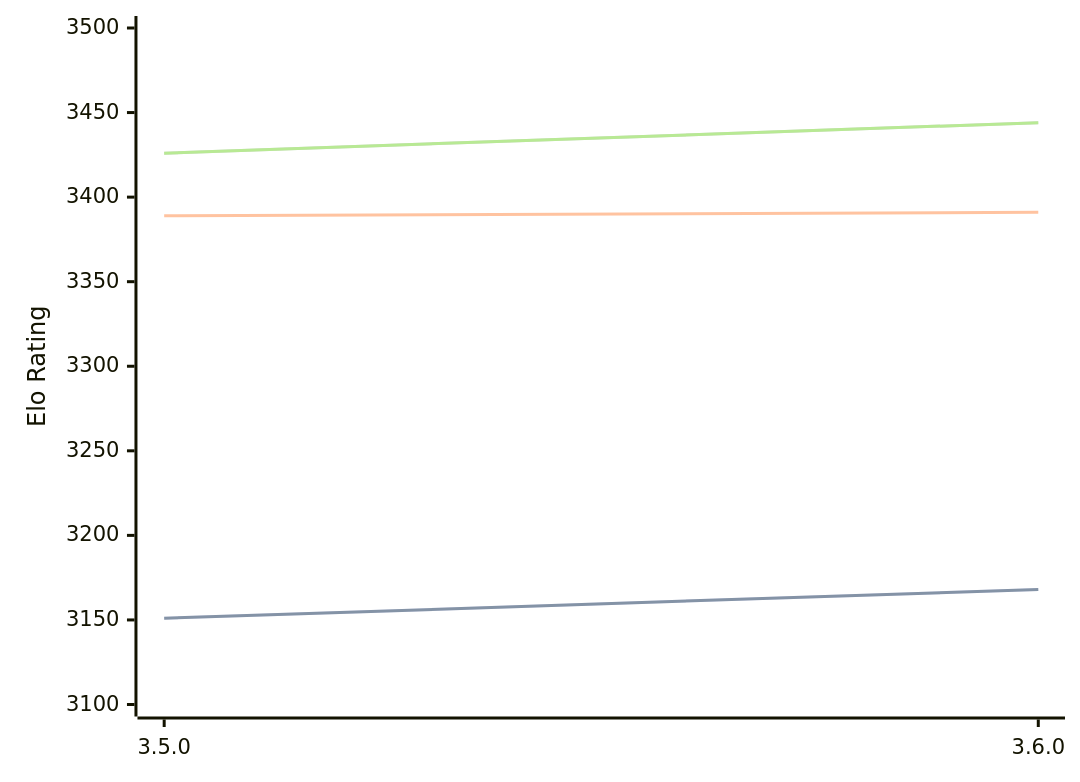
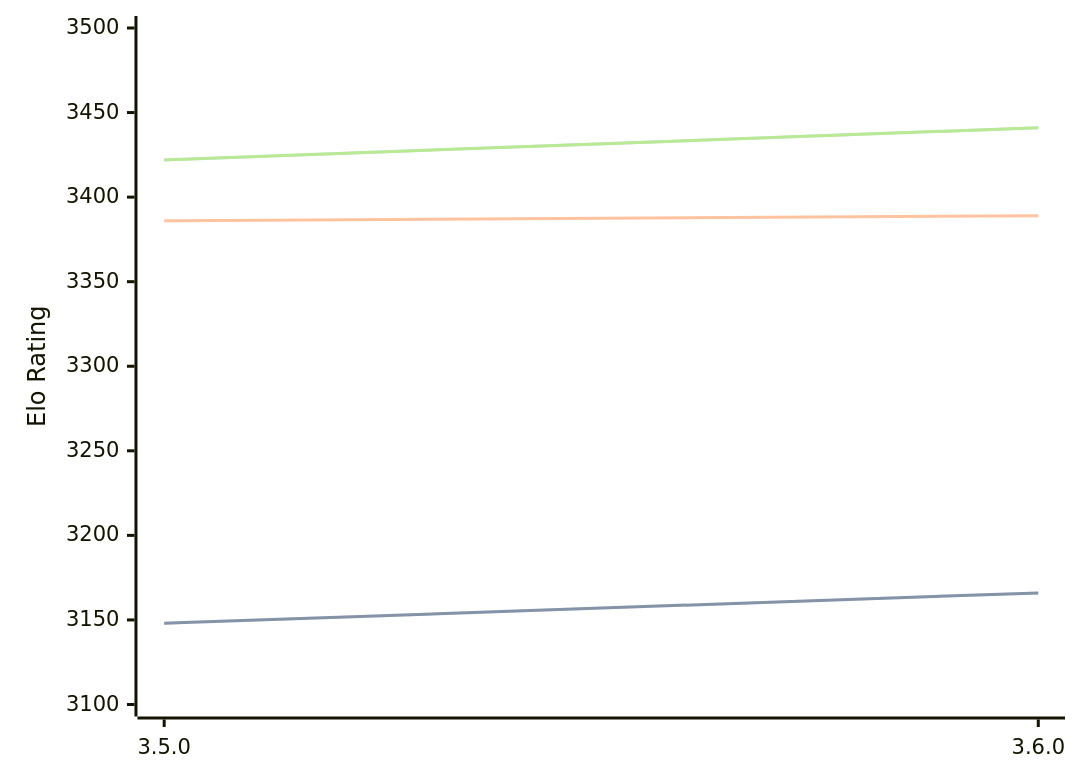
Before and after one commit to computer-chess-index/cci: the diagram in engines/Igel.md, drawn with Mermaid. The commit also changed other lines of this file, not shown here.

Commit message:
Update CCI Ratings (ELO VLTC) - 2026-06-08

````diff
--- a/engines/Igel.md
+++ b/engines/Igel.md
@@ -68,11 +68,11 @@
 ```mermaid
 %%{init: {"theme":"base","themeVariables":{"seriesColors:['#a3a3a3','#222221','#faa371']}}}%%
 xychart-beta
   x-axis ["3.5.0", "3.6.0"]
   y-axis "Elo Rating" 3100 --> 3500
-  line "STC (8.0+0.08s)" [3151, 3168]
-  line "STC (8.0+0.08s)" [3151, 3168]
-  line "LTC (60.0+0.60s)" [3389, 3391]
-  line "VLTC (2m24s+1.12s)" [3426, 3444]
-  line "VLTC (2m24s+1.12s)" [3426, 3444]
+  line "STC (8.0+0.08s)" [3148, 3166]
+  line "STC (8.0+0.08s)" [3148, 3166]
+  line "LTC (60.0+0.60s)" [3386, 3389]
+  line "VLTC (2m24s+1.12s)" [3422, 3441]
+  line "VLTC (2m24s+1.12s)" [3422, 3441]
 ```
````
